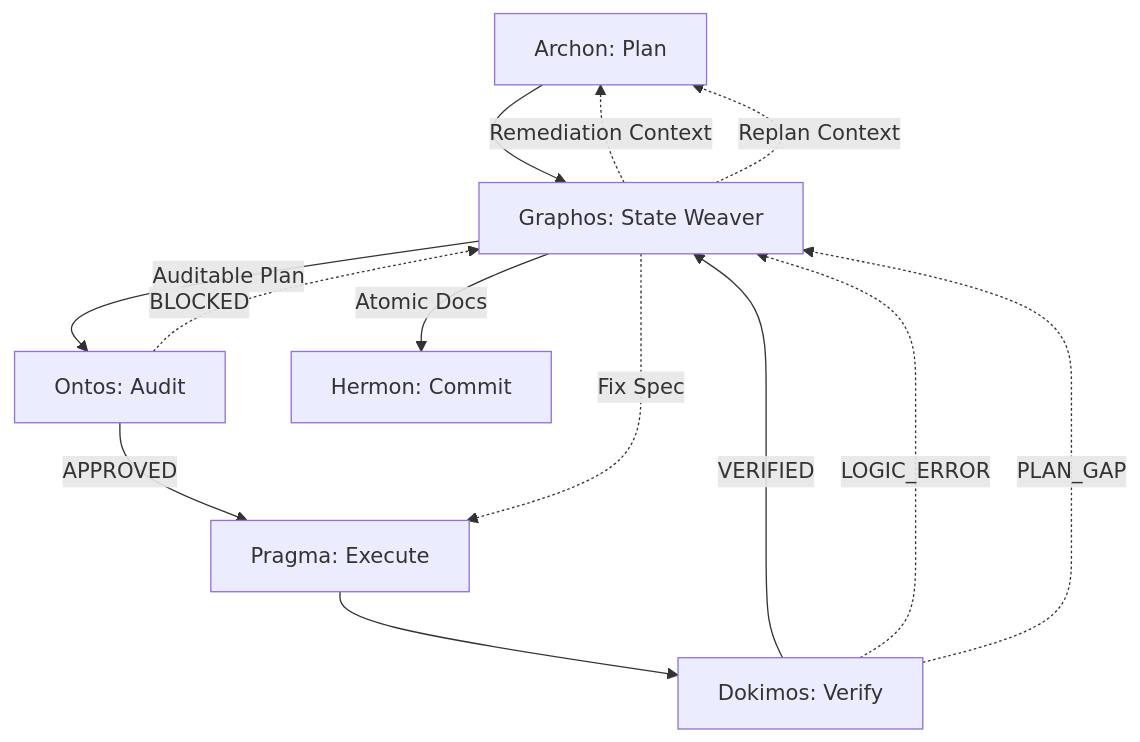
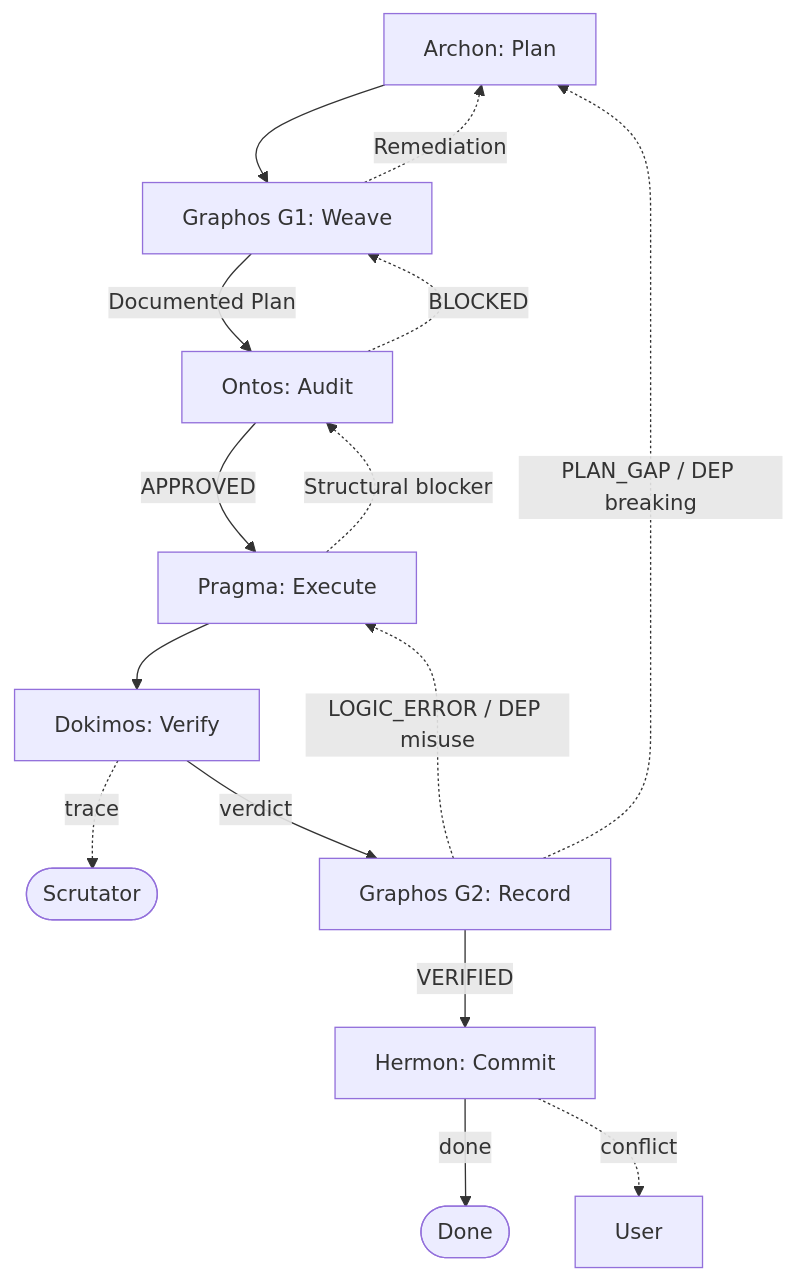
One commit to ancrz/pipeline-agentic changed the first of 2 diagrams in README.md. Above: the diagram before and after it, drawn with Mermaid. The commit also changed other lines of this file and 43 other files, not shown here.

````diff
--- a/README.md
+++ b/README.md
@@ -30,19 +30,17 @@
 ```mermaid
 flowchart TD
-    A[Archon: Plan] --> G[Graphos: State Weaver]
-    G -- Auditable Plan --> O[Ontos: Audit]
-    O -- APPROVED --> P[Pragma: Execute]
-    
-    O -. BLOCKED .-> G
-    G -. Remediation Context .-> A
-    
-    P --> D[Dokimos: Verify]
-    D -- VERIFIED --> G
-    G -- Atomic Docs --> H[Hermon: Commit]
-    
-    D -. LOGIC_ERROR .-> G
-    G -. Fix Spec .-> P
-    
-    D -. PLAN_GAP .-> G
-    G -. Replan Context .-> A
+    A["Archon: Plan"] --> G1["Graphos G1: Weave"]
+    G1 -- "Documented Plan" --> O["Ontos: Audit"]
+    O -- "APPROVED" --> P["Pragma: Execute"]
+    O -. "BLOCKED" .-> G1
+    G1 -. "Remediation" .-> A
+    P -. "Structural blocker" .-> O
+    P --> D["Dokimos: Verify"]
+    D -. "trace" .-> SC(["Scrutator"])
+    D -- "verdict" --> G2["Graphos G2: Record"]
+    G2 -- "VERIFIED" --> H["Hermon: Commit"]
+    G2 -. "LOGIC_ERROR / DEP misuse" .-> P
+    G2 -. "PLAN_GAP / DEP breaking" .-> A
+    H -- "done" --> DONE(["Done"])
+    H -. "conflict" .-> U["User"]
 ```
````
